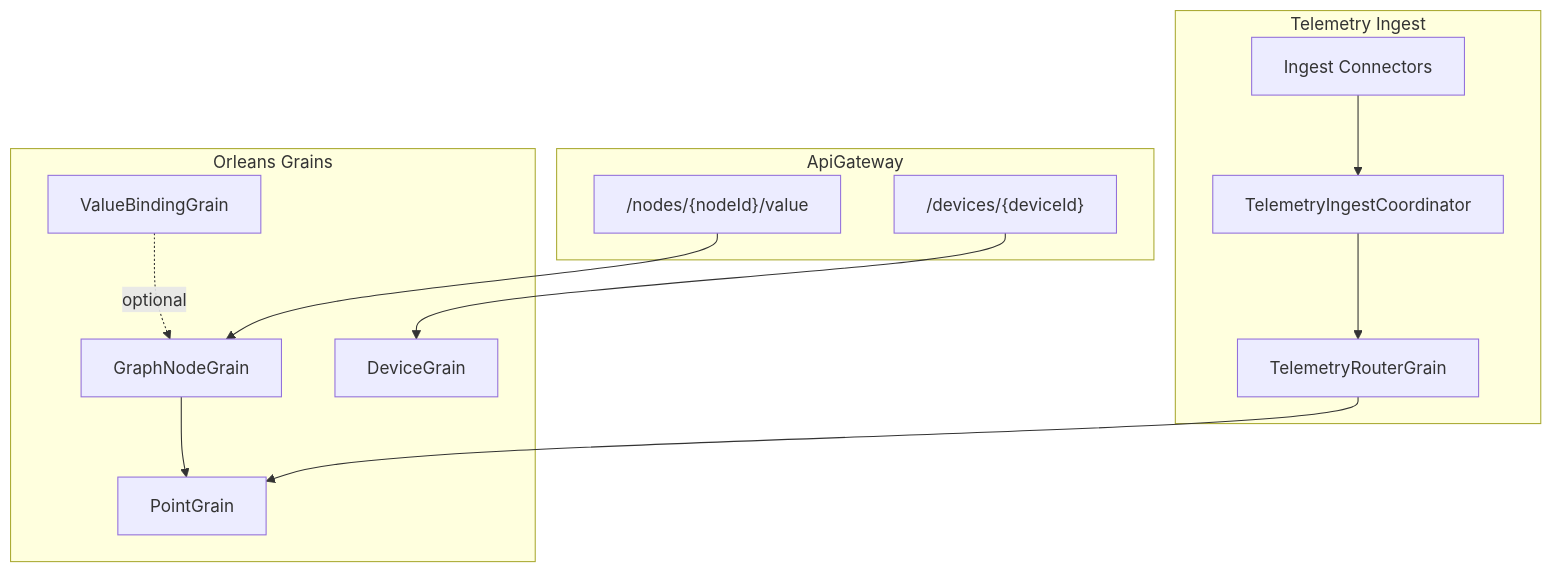
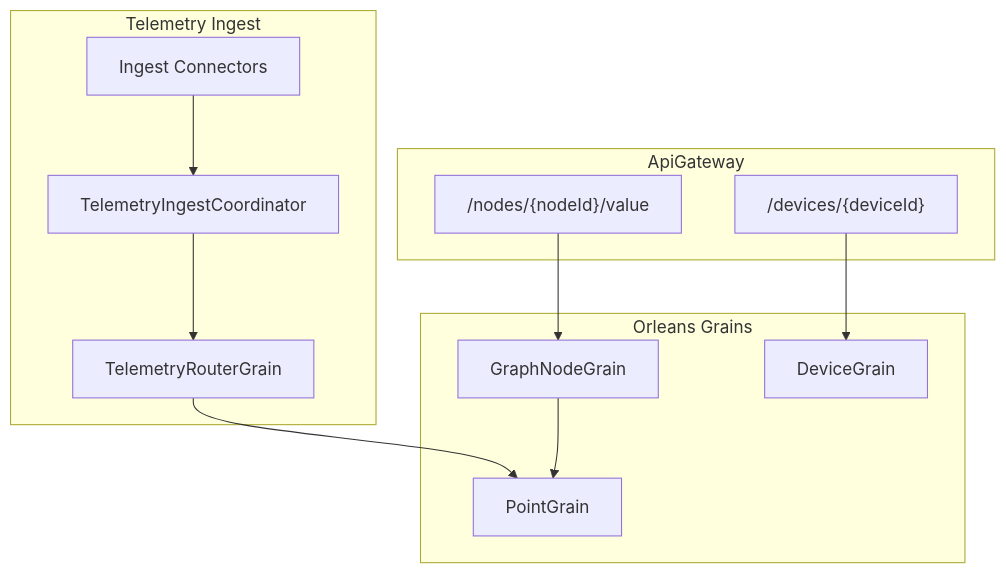
The third of 3 diagrams in docs/telemetry-routing-binding.md (takashikasuya/orleans-telemetry-sample), drawn with Mermaid before and after one commit. The commit also changed other lines of this file and 4 other files, not shown here.

Commit message:
Remove ValueBindingGrain and associated documentation; update README and telemetry routing documentation accordingly

````diff
--- a/docs/telemetry-routing-binding.md
+++ b/docs/telemetry-routing-binding.md
@@ -84,28 +83,26 @@
 ```mermaid
 graph TB
     subgraph Ingest["Telemetry Ingest"]
         Conn["Ingest Connectors"]
         Coord["TelemetryIngestCoordinator"]
         Router["TelemetryRouterGrain"]
     end
 
     subgraph Grains["Orleans Grains"]
         Point["PointGrain"]
         Node["GraphNodeGrain"]
-        Value["ValueBindingGrain"]
         Device["DeviceGrain"]
     end
 
     subgraph API["ApiGateway"]
         NodeApi["/nodes/{nodeId}/value"]
         DeviceApi["/devices/{deviceId}"]
     end
 
     Conn --> Coord
     Coord --> Router
     Router --> Point
     NodeApi --> Node
     Node --> Point
     DeviceApi --> Device
-    Value -.optional.-> Node
 ```
````
